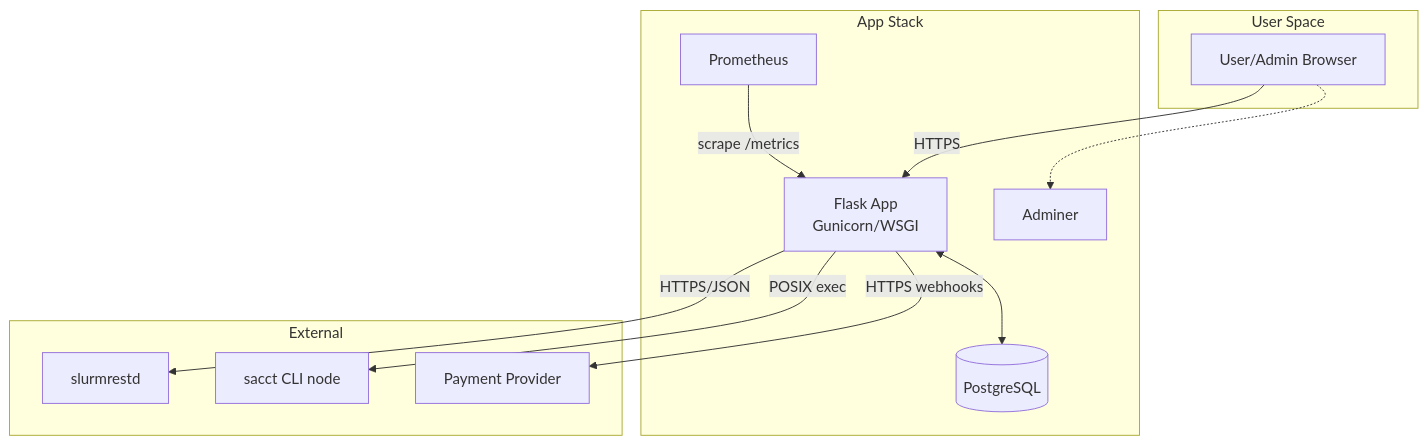
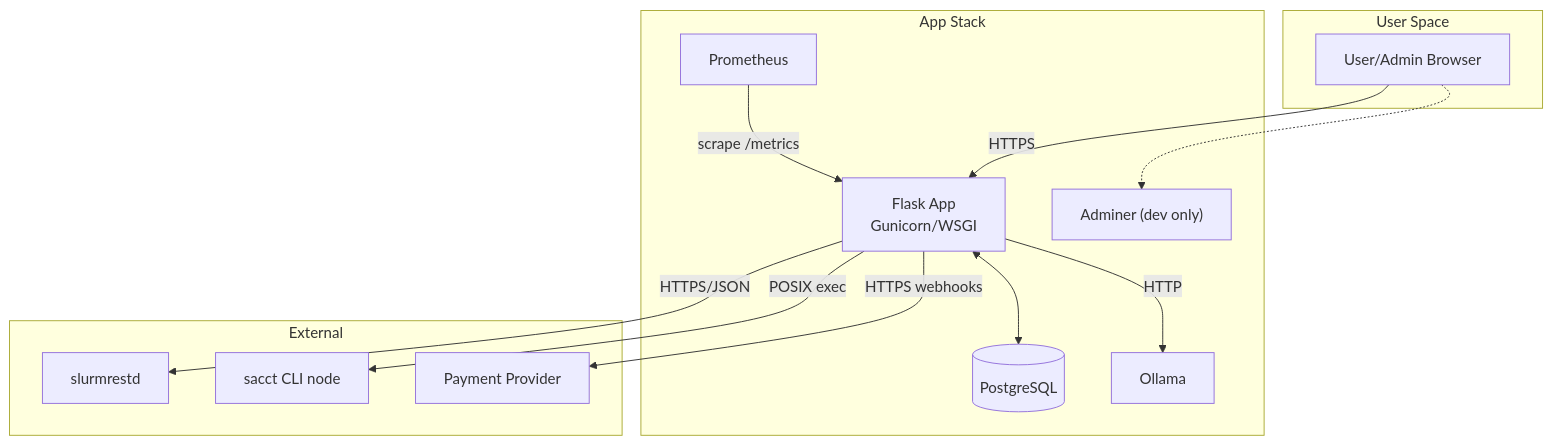
Before and after one commit to Purinat33/hpc_flask: the second of 9 diagrams in docs/02-architecture.md, drawn with Mermaid. The commit also changed other lines of this file and 2 other files, not shown here.

````diff
--- a/docs/02-architecture.md
+++ b/docs/02-architecture.md
@@ -40,28 +42,31 @@
 ```mermaid
 graph TB
   subgraph User Space
     Browser[User/Admin Browser]
   end
 
   subgraph App Stack
     App[Flask App\nGunicorn/WSGI]
     DB[(PostgreSQL)]
-    Adminer[Adminer]
+    Adminer["Adminer (dev only)"]
     Prom[Prometheus]
+    Ol[Ollama]
   end
 
   subgraph External
     SlurmREST[slurmrestd]
     sacct[sacct CLI node]
     Pay[Payment Provider]
   end
 
   Browser -->|HTTPS| App
   App <--> DB
   App -->|HTTPS/JSON| SlurmREST
   App -->|POSIX exec| sacct
   App -->|HTTPS webhooks| Pay
   Prom -->|scrape /metrics| App
+  App -->|HTTP| Ol
   Browser -.-> Adminer
 
+
 ```
````
